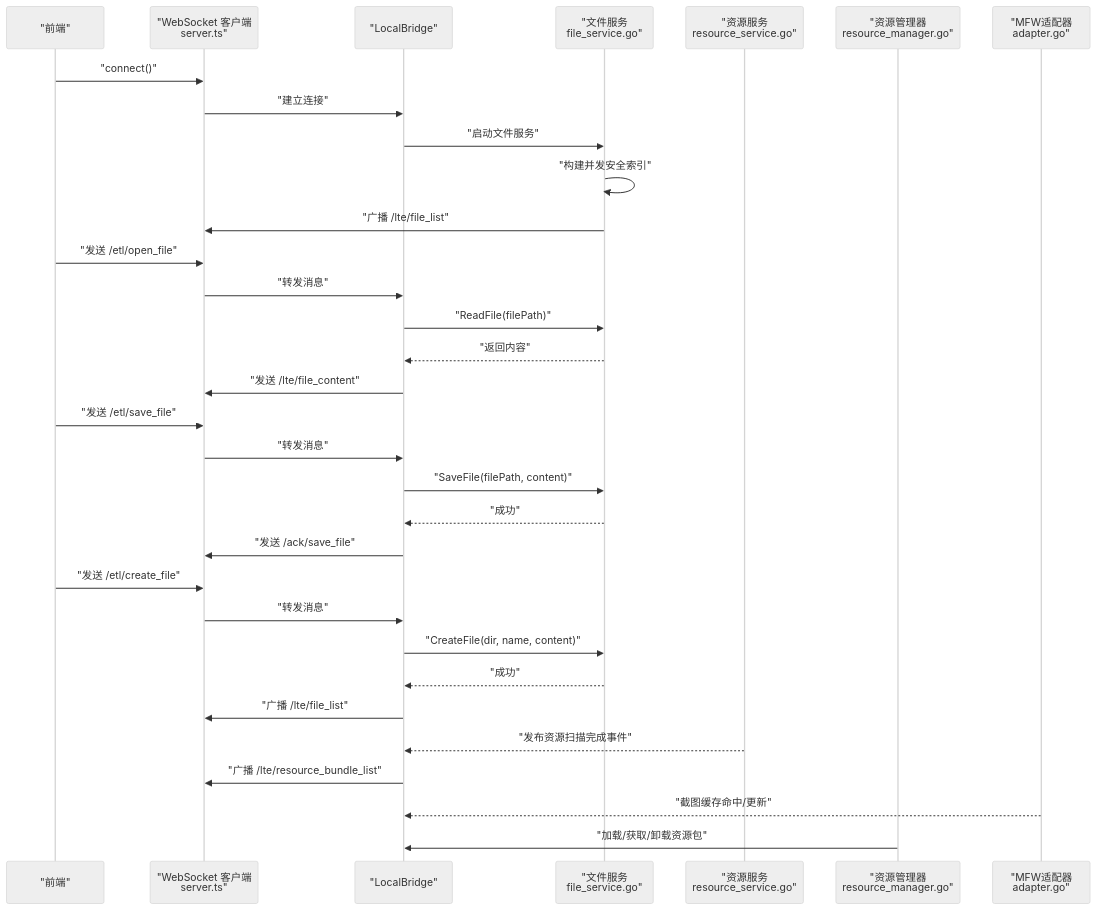
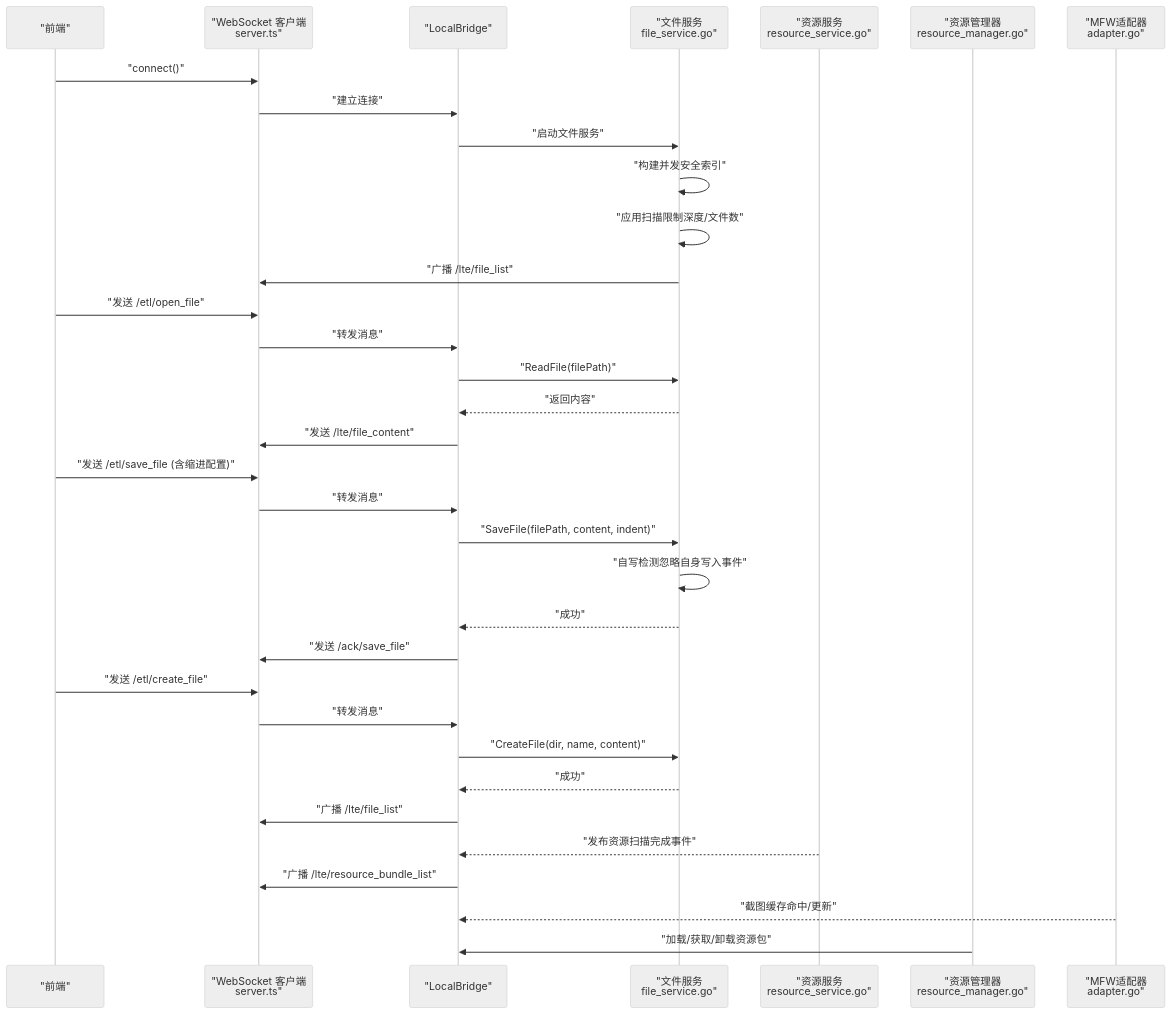
The second of 3 diagrams in .qoder/repowiki/zh/content/核心概念/本地文件管理.md (kqcoxn/MaaPipelineEditor), drawn with Mermaid (neutral theme) before and after one commit. The commit also changed other lines of this file and 9 other files, not shown here.

````diff
--- a/.qoder/repowiki/zh/content/核心概念/本地文件管理.md
+++ b/.qoder/repowiki/zh/content/核心概念/本地文件管理.md
@@ -259,34 +280,36 @@
 ```mermaid
 sequenceDiagram
 participant FE as "前端"
 participant WS as "WebSocket 客户端<br/>server.ts"
 participant LB as "LocalBridge"
 participant FS as "文件服务<br/>file_service.go"
 participant RS as "资源服务<br/>resource_service.go"
 participant RM as "资源管理器<br/>resource_manager.go"
 participant AD as "MFW适配器<br/>adapter.go"
 FE->>WS : "connect()"
 WS->>LB : "建立连接"
 LB->>FS : "启动文件服务"
 FS->>FS : "构建并发安全索引"
+FS->>FS : "应用扫描限制深度/文件数"
 FS->>WS : "广播 /lte/file_list"
 FE->>WS : "发送 /etl/open_file"
 WS->>LB : "转发消息"
 LB->>FS : "ReadFile(filePath)"
 FS-->>LB : "返回内容"
 LB->>WS : "发送 /lte/file_content"
-FE->>WS : "发送 /etl/save_file"
+FE->>WS : "发送 /etl/save_file (含缩进配置)"
 WS->>LB : "转发消息"
-LB->>FS : "SaveFile(filePath, content)"
+LB->>FS : "SaveFile(filePath, content, indent)"
+FS->>FS : "自写检测忽略自身写入事件"
 FS-->>LB : "成功"
 LB->>WS : "发送 /ack/save_file"
 FE->>WS : "发送 /etl/create_file"
 WS->>LB : "转发消息"
 LB->>FS : "CreateFile(dir, name, content)"
 FS-->>LB : "成功"
 LB->>WS : "广播 /lte/file_list"
 RS-->>LB : "发布资源扫描完成事件"
 LB->>WS : "广播 /lte/resource_bundle_list"
 AD-->>LB : "截图缓存命中/更新"
 RM->>LB : "加载/获取/卸载资源包"
 ```
````
